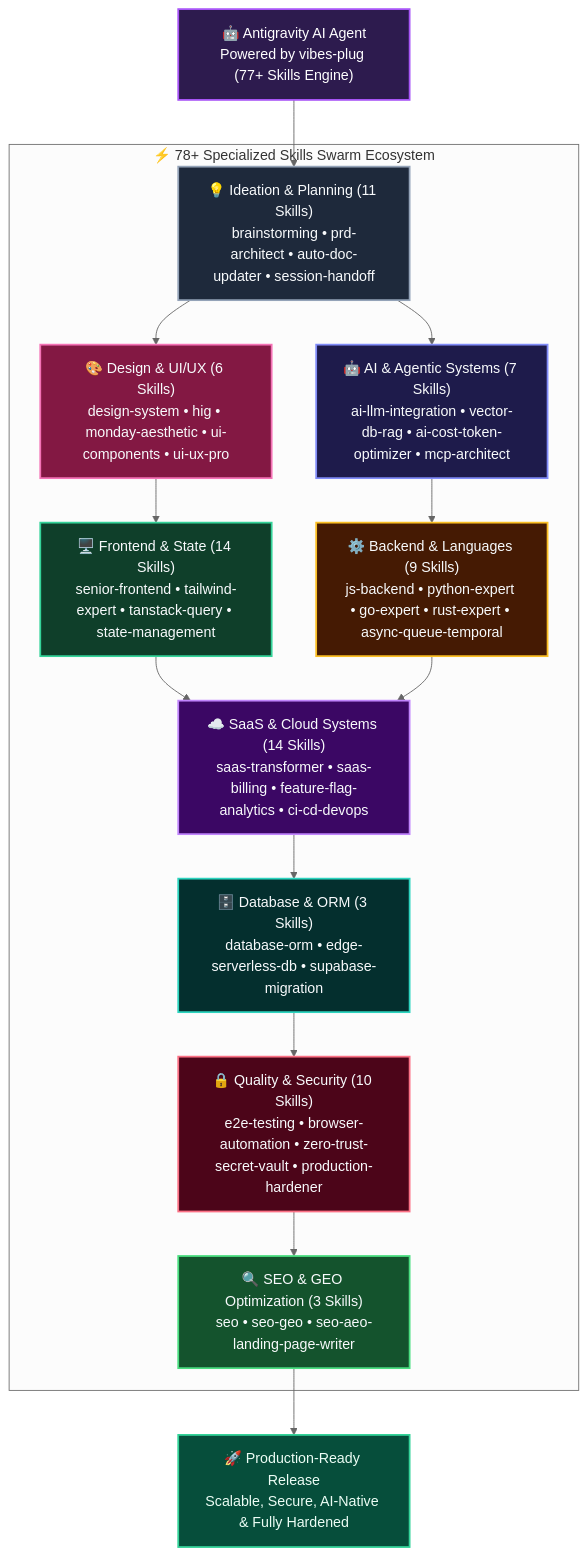
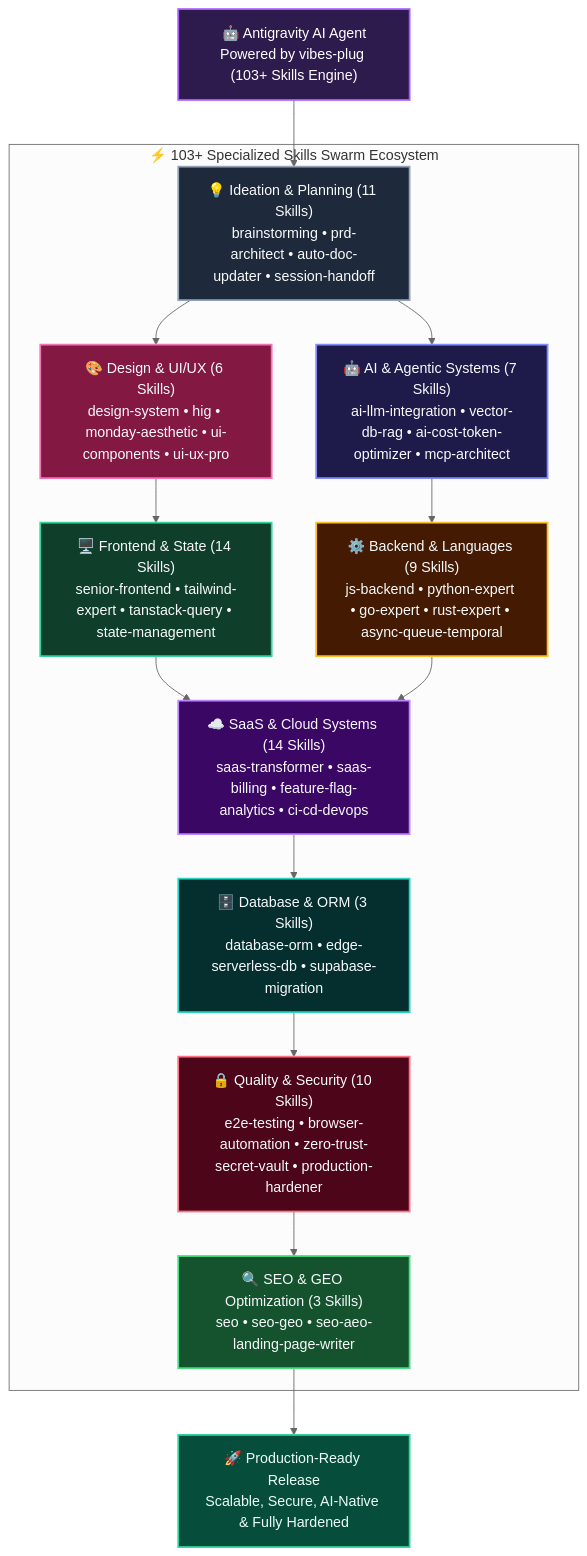
One commit to roedyrustam/vibes-plug changed the diagram in README.md. Above: the diagram before and after it, drawn with Mermaid (neutral theme). The commit also changed other lines of this file, not shown here.

First line of the commit message:
Bump version to v2.5.0 and update skills to 103+

````diff
--- a/README.md
+++ b/README.md
@@ -14,54 +14,54 @@
 ```mermaid
 graph TD
-    AGY["🤖 Antigravity AI Agent<br/>Powered by vibes-plug (77+ Skills Engine)"]
+    AGY["🤖 Antigravity AI Agent<br/>Powered by vibes-plug (103+ Skills Engine)"]
 
-    subgraph SWARM["⚡ 78+ Specialized Skills Swarm Ecosystem"]
+    subgraph SWARM["⚡ 103+ Specialized Skills Swarm Ecosystem"]
         D9["💡 Ideation & Planning (11 Skills)<br/>brainstorming • prd-architect • auto-doc-updater • session-handoff"]
         D1["🤖 AI & Agentic Systems (7 Skills)<br/>ai-llm-integration • vector-db-rag • ai-cost-token-optimizer • mcp-architect"]
         D2["🎨 Design & UI/UX (6 Skills)<br/>design-system • hig • monday-aesthetic • ui-components • ui-ux-pro"]
         D3["🖥️ Frontend & State (14 Skills)<br/>senior-frontend • tailwind-expert • tanstack-query • state-management"]
         D4["⚙️ Backend & Languages (9 Skills)<br/>js-backend • python-expert • go-expert • rust-expert • async-queue-temporal"]
         D5["☁️ SaaS & Cloud Systems (14 Skills)<br/>saas-transformer • saas-billing • feature-flag-analytics • ci-cd-devops"]
         D6["🗄️ Database & ORM (3 Skills)<br/>database-orm • edge-serverless-db • supabase-migration"]
         D7["🔒 Quality & Security (10 Skills)<br/>e2e-testing • browser-automation • zero-trust-secret-vault • production-hardener"]
         D8["🔍 SEO & GEO Optimization (3 Skills)<br/>seo • seo-geo • seo-aeo-landing-page-writer"]
     end
 
     PROD["🚀 Production-Ready Release<br/>Scalable, Secure, AI-Native & Fully Hardened"]
 
     AGY --> D9
     D9 --> D1
     D9 --> D2
     D1 --> D4
     D2 --> D3
     D3 --> D5
     D4 --> D5
     D5 --> D6
     D6 --> D7
     D7 --> D8
     D8 --> PROD
 
     classDef hero fill:#2d1b4e,stroke:#a855f7,stroke-width:2px,color:#fff;
     classDef ai fill:#1e1b4b,stroke:#818cf8,stroke-width:2px,color:#f8fafc;
     classDef ui fill:#831843,stroke:#f472b6,stroke-width:2px,color:#f8fafc;
     classDef front fill:#0f3f2a,stroke:#34d399,stroke-width:2px,color:#f8fafc;
     classDef back fill:#451a03,stroke:#fbbf24,stroke-width:2px,color:#f8fafc;
     classDef saas fill:#3b0764,stroke:#c084fc,stroke-width:2px,color:#f8fafc;
     classDef db fill:#042f2e,stroke:#2dd4bf,stroke-width:2px,color:#f8fafc;
     classDef sec fill:#4c0519,stroke:#fb7185,stroke-width:2px,color:#f8fafc;
     classDef seo fill:#14532d,stroke:#4ade80,stroke-width:2px,color:#f8fafc;
     classDef util fill:#1e293b,stroke:#94a3b8,stroke-width:2px,color:#f8fafc;
     classDef target fill:#064e3b,stroke:#34d399,stroke-width:2px,color:#ecfdf5;
 
     class AGY hero;
     class D9 util;
     class D1 ai;
     class D2 ui;
     class D3 front;
     class D4 back;
     class D5 saas;
     class D6 db;
     class D7 sec;
     class D8 seo;
     class PROD target;
 ```
````
